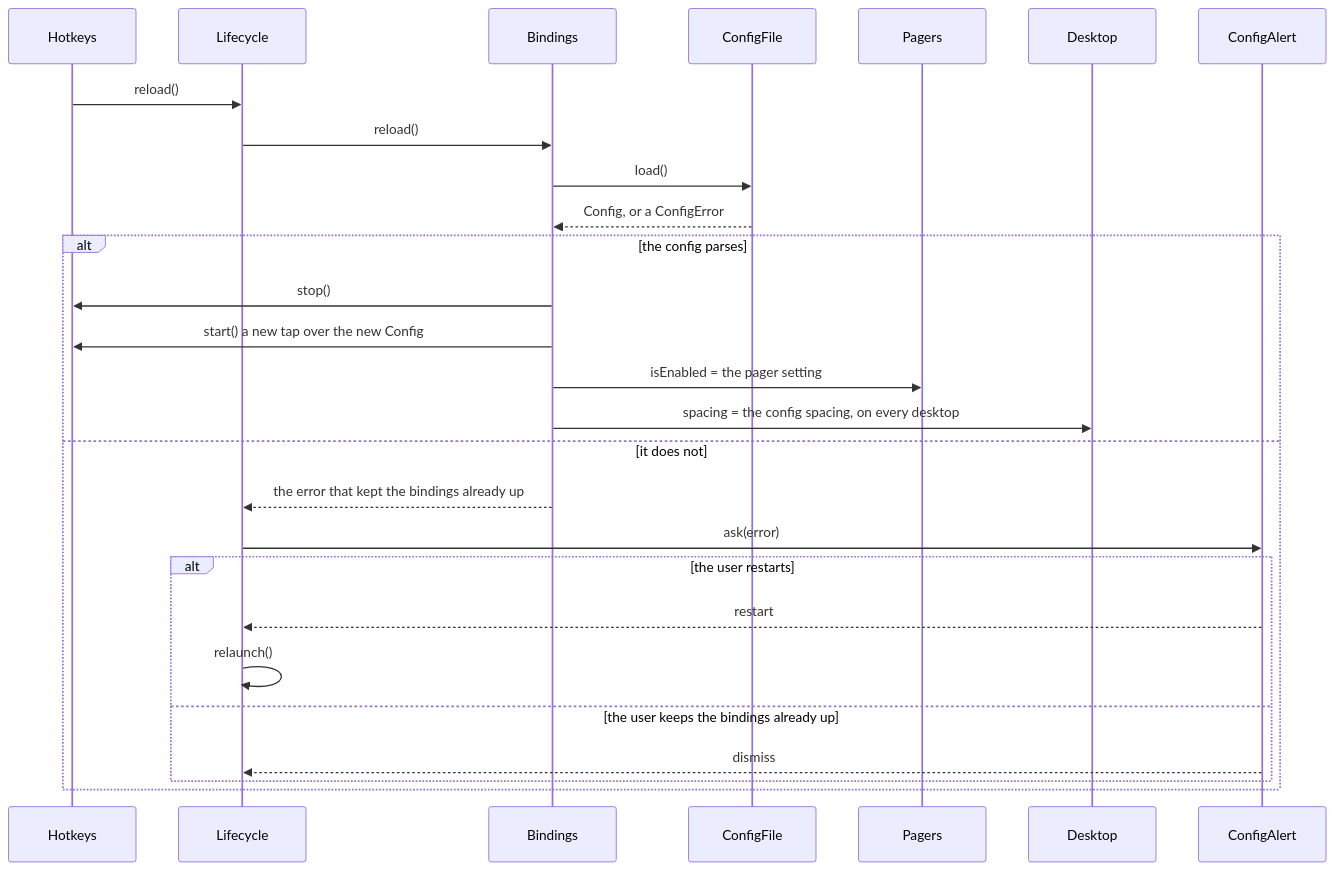
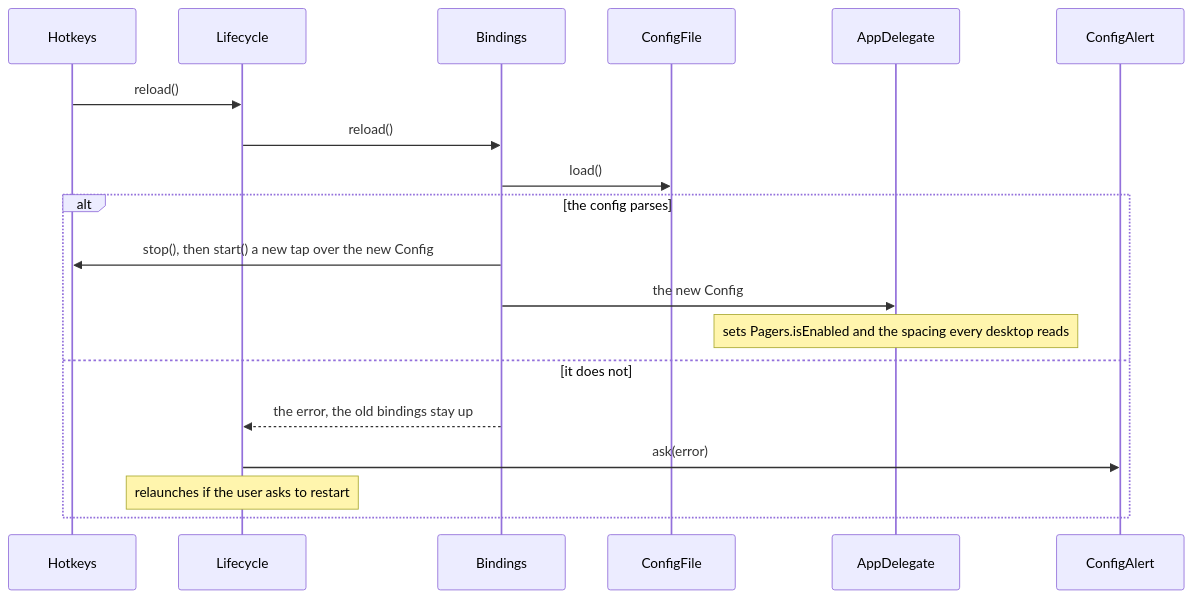
Diagram 20 of 25 in ARCHITECTURE.md (brennovich/ottowm), drawn with Mermaid before and after one commit. The commit also changed other lines of this file, not shown here.

````diff
--- a/ARCHITECTURE.md
+++ b/ARCHITECTURE.md
@@ -528,22 +471,15 @@
 ```mermaid
 sequenceDiagram
     Hotkeys->>Lifecycle: reload()
     Lifecycle->>Bindings: reload()
     Bindings->>ConfigFile: load()
-    ConfigFile-->>Bindings: Config, or a ConfigError
     alt the config parses
-        Bindings->>Hotkeys: stop()
-        Bindings->>Hotkeys: start() a new tap over the new Config
-        Bindings->>Pagers: isEnabled = the pager setting
-        Bindings->>Desktop: spacing = the config spacing, on every desktop
+        Bindings->>Hotkeys: stop(), then start() a new tap over the new Config
+        Bindings->>AppDelegate: the new Config
+        Note over AppDelegate: sets Pagers.isEnabled and the spacing every desktop reads
     else it does not
-        Bindings-->>Lifecycle: the error that kept the bindings already up
+        Bindings-->>Lifecycle: the error, the old bindings stay up
         Lifecycle->>ConfigAlert: ask(error)
-        alt the user restarts
-            ConfigAlert-->>Lifecycle: restart
-            Lifecycle->>Lifecycle: relaunch()
-        else the user keeps the bindings already up
-            ConfigAlert-->>Lifecycle: dismiss
-        end
+        Note over Lifecycle: relaunches if the user asks to restart
     end
 ```
````
